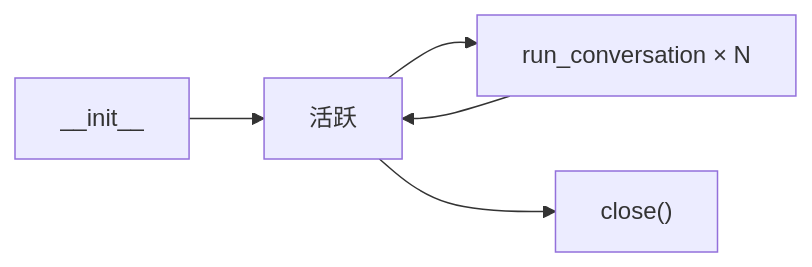
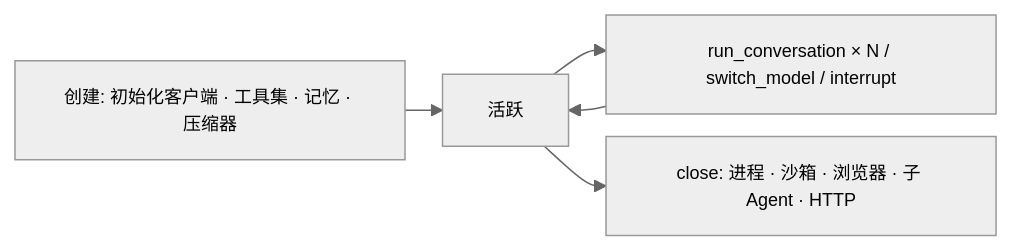
Before and after one commit to fang-lin/hermes-agent-code-analysis: the second of 9 diagrams in docs/zh/drafts/02-draft.md, drawn with Mermaid. The commit also changed other lines of this file and 1 other file, not shown here.

First line of the commit message:
第 02 章图表：添加 init 指令缩小字号 + 恢复信息量

````diff
--- a/docs/zh/drafts/02-draft.md
+++ b/docs/zh/drafts/02-draft.md
@@ -121,7 +122,8 @@
 ```mermaid
+%%{init: {"theme": "neutral", "themeVariables": {"fontSize": "12px"}, "flowchart": {"nodeSpacing": 15, "rankSpacing": 25}}}%%
 flowchart LR
-    INIT["__init__"] --> ACTIVE["活跃"]
-    ACTIVE --> RUN["run_conversation × N"]
+    INIT["创建: 初始化客户端 · 工具集 · 记忆 · 压缩器"] --> ACTIVE["活跃"]
+    ACTIVE --> RUN["run_conversation × N / switch_model / interrupt"]
     RUN --> ACTIVE
-    ACTIVE --> CLOSE["close#40;#41;"]
+    ACTIVE --> CLOSE["close: 进程 · 沙箱 · 浏览器 · 子 Agent · HTTP"]
 ```
````
